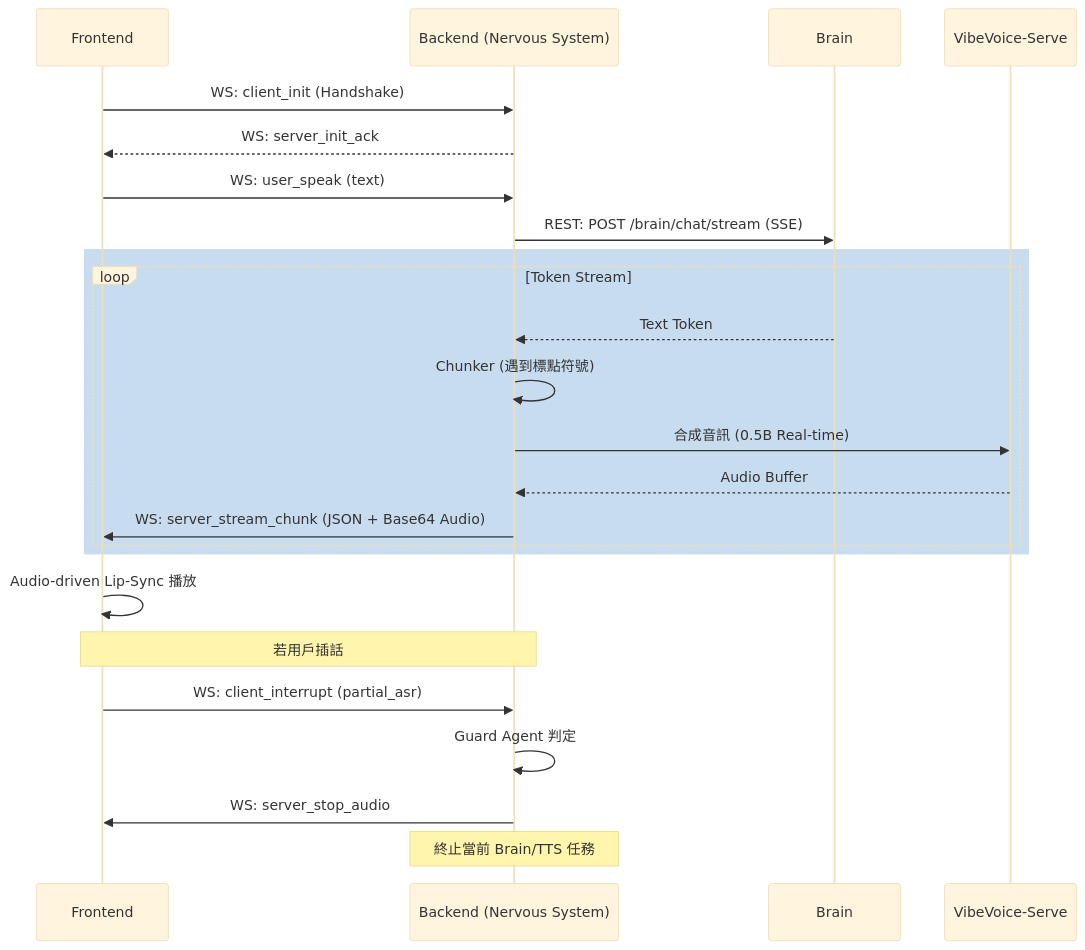
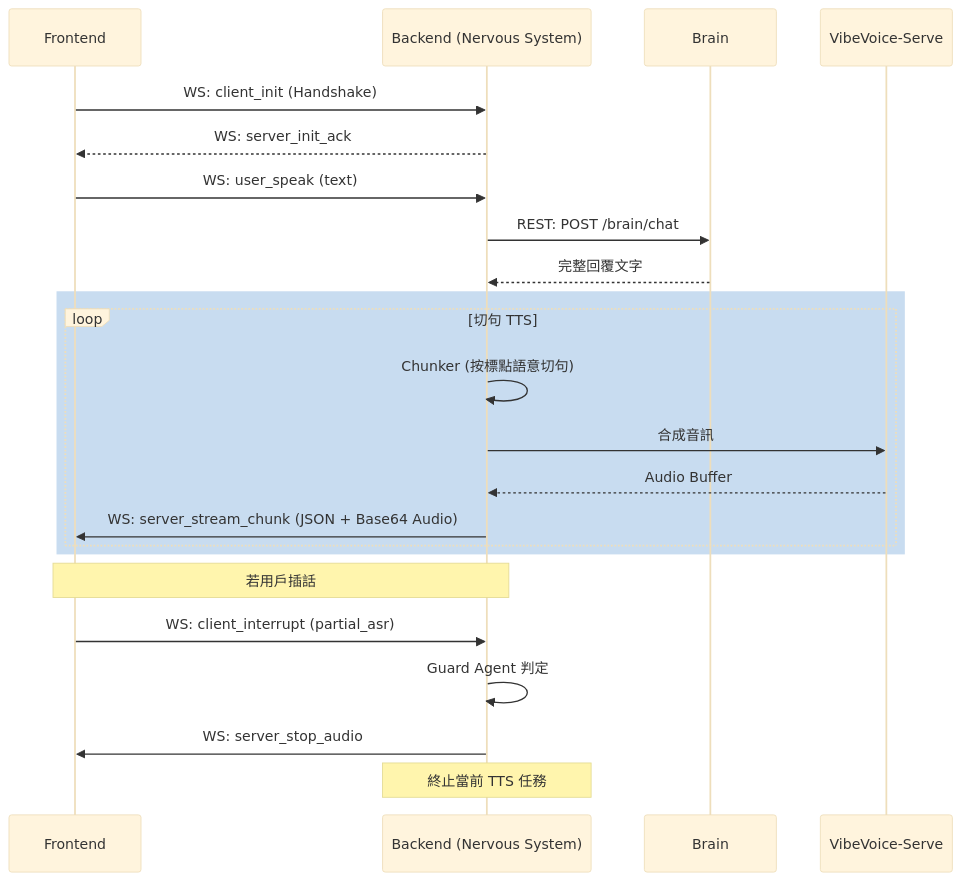
One commit to CreateIntelligens/openVman changed the first of 2 diagrams in docs/09_API_WS_LINKAGE.md. Above: the diagram before and after it, drawn with Mermaid (base theme). The commit also changed other lines of this file and 17 other files, not shown here.

````diff
--- a/docs/09_API_WS_LINKAGE.md
+++ b/docs/09_API_WS_LINKAGE.md
@@ -24,28 +24,27 @@
 ```mermaid
 sequenceDiagram
     participant F as Frontend
     participant B as Backend (Nervous System)
     participant BR as Brain
     participant T as VibeVoice-Serve
 
     F->>B: WS: client_init (Handshake)
     B-->>F: WS: server_init_ack
     F->>B: WS: user_speak (text)
-    B->>BR: REST: POST /brain/chat/stream (SSE)
+    B->>BR: REST: POST /brain/chat
+    BR-->>B: 完整回覆文字
     rect rgb(200, 220, 240)
-        loop Token Stream
-            BR-->>B: Text Token
-            B->>B: Chunker (遇到標點符號)
-            B->>T: 合成音訊 (0.5B Real-time)
+        loop 切句 TTS
+            B->>B: Chunker (按標點語意切句)
+            B->>T: 合成音訊
             T-->>B: Audio Buffer
             B->>F: WS: server_stream_chunk (JSON + Base64 Audio)
         end
     end
-    F->>F: Audio-driven Lip-Sync 播放
 
     Note over F,B: 若用戶插話
     F->>B: WS: client_interrupt (partial_asr)
     B->>B: Guard Agent 判定
     B->>F: WS: server_stop_audio
-    Note over B: 終止當前 Brain/TTS 任務
+    Note over B: 終止當前 TTS 任務
 ```
````
